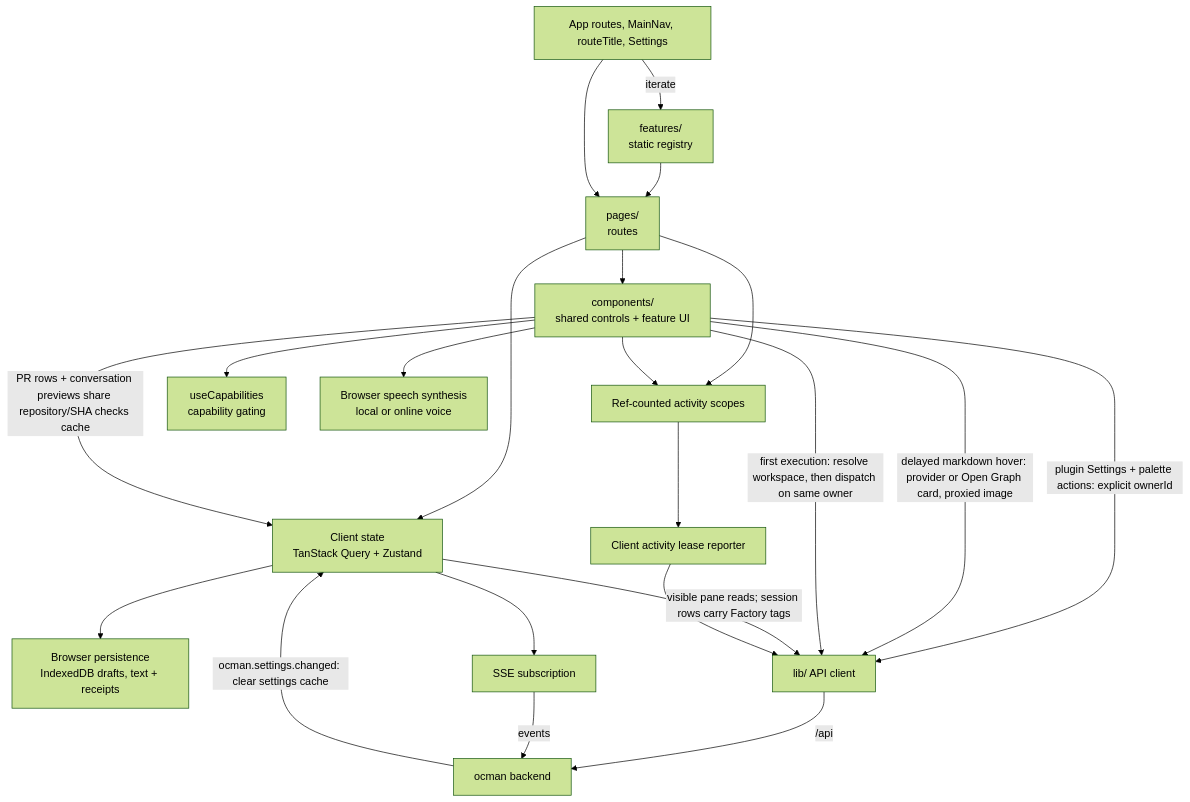
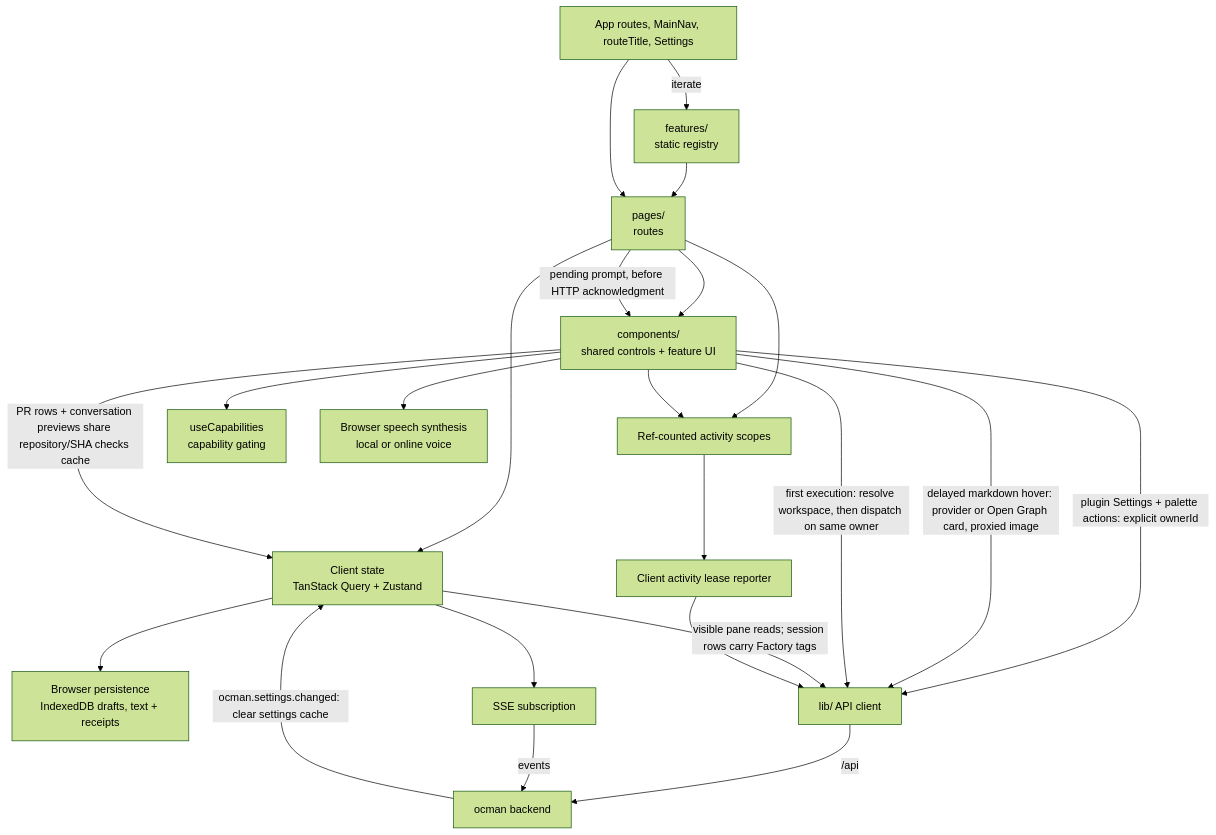
Before and after one commit to ocman/ocman: the fourth of 5 diagrams in docs/other/architecture.md, drawn with Mermaid (forest theme). The commit also changed other lines of this file and 10 other files, not shown here.

````diff
--- a/docs/other/architecture.md
+++ b/docs/other/architecture.md
@@ -856,24 +856,25 @@
 ```mermaid
 flowchart TD
     Shell[App routes, MainNav, routeTitle, Settings] -->|iterate| Features[features/<br/>static registry]
     Features --> Pages
     Shell --> Pages
     Pages[pages/<br/>routes] --> Comp[components/<br/>shared controls + feature UI]
     Pages --> Stores[Client state<br/>TanStack Query + Zustand]
+    Pages -->|pending prompt, before HTTP acknowledgment| Comp
     Stores --> Persistence[Browser persistence<br/>IndexedDB drafts, text + receipts]
     Comp -->|PR rows + conversation previews share repository/SHA checks cache| Stores
     Comp -->|plugin Settings + palette actions: explicit ownerId| API
     Comp -->|delayed markdown hover: provider or Open Graph card, proxied image| API
     Comp -->|first execution: resolve workspace, then dispatch on same owner| API
     Stores -->|visible pane reads; session rows carry Factory tags| API[lib/ API client]
     Stores --> SSE[SSE subscription]
     Pages --> Scopes[Ref-counted activity scopes]
     Comp --> Scopes
     Scopes --> Reporter[Client activity lease reporter]
     Reporter --> API
     API -->|/api| Hub[ocman backend]
     SSE -->|events| Hub
     Hub -->|ocman.settings.changed: clear settings cache| Stores
     Comp --> Caps[useCapabilities<br/>capability gating]
     Comp --> Speech[Browser speech synthesis<br/>local or online voice]
 ```
````
